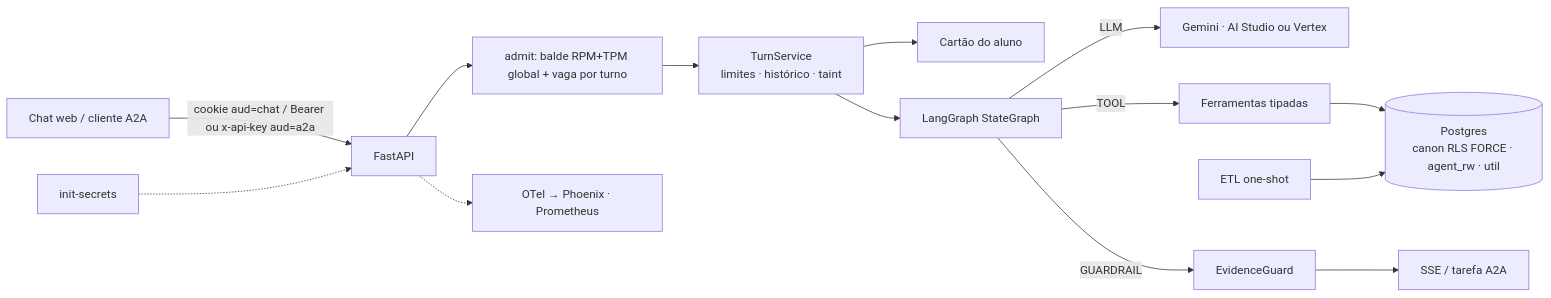
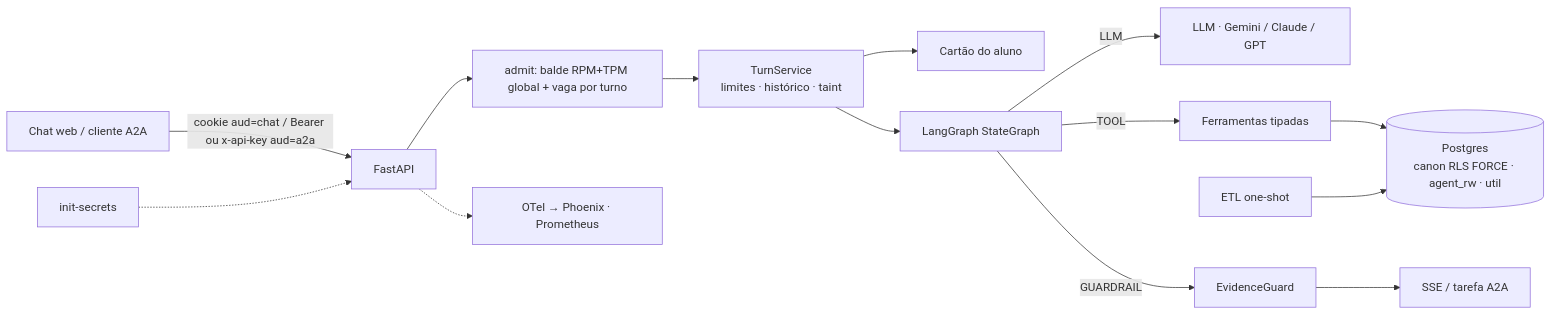
The first of 2 diagrams in docs/ARCHITECTURE.md (MiguelSanzBr/student-agent), drawn with Mermaid before and after one commit. The commit also changed other lines of this file and 3 other files, not shown here.

Commit message:
docs: três provedores de LLM (Gemini, Anthropic, OpenAI)

````diff
--- a/docs/ARCHITECTURE.md
+++ b/docs/ARCHITECTURE.md
@@ -11,14 +11,14 @@
 ```mermaid
 flowchart LR
   U[Chat web / cliente A2A] -- "cookie aud=chat / Bearer ou x-api-key aud=a2a" --> API[FastAPI]
   API --> ADM[admit: balde RPM+TPM global + vaga por turno]
   ADM --> TS[TurnService<br/>limites · histórico · taint]
   TS --> CARD[Cartão do aluno]
   TS --> G[LangGraph StateGraph]
-  G -->|LLM| GEM[Gemini · AI Studio ou Vertex]
+  G -->|LLM| GEM[LLM · Gemini / Claude / GPT]
   G -->|TOOL| T[Ferramentas tipadas] --> PG[(Postgres<br/>canon RLS FORCE · agent_rw · util)]
   G -->|GUARDRAIL| EG[EvidenceGuard] --> OUT[SSE / tarefa A2A]
   API -.-> OBS[OTel → Phoenix · Prometheus]
   SEC[init-secrets] -.-> API
   ETL[ETL one-shot] --> PG
 ```
````
